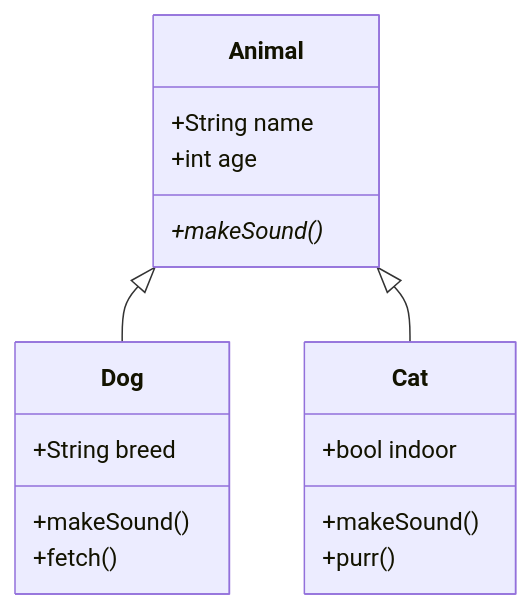
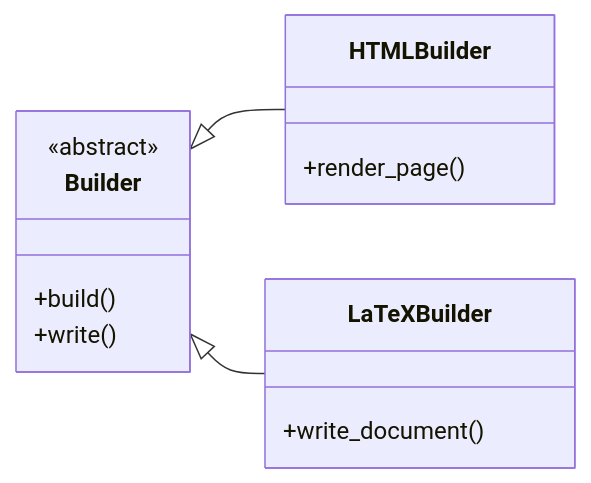
Before and after one commit to r4sky0/sphinx-lumina-theme: the seventh of 12 diagrams in docs/reference/diagrams.md, drawn with Mermaid. The commit also changed other lines of this file and 9 other files, not shown here.

Commit message:
feat(mermaid): refine diagram design and natural sizing (#150)

````diff
--- a/docs/reference/diagrams.md
+++ b/docs/reference/diagrams.md
@@ -157,20 +166,19 @@
 ```{mermaid}
 classDiagram
-    class Animal {
-        +String name
-        +int age
-        +makeSound()*
+    accTitle: Sphinx builder inheritance
+    accDescr: HTML and LaTeX builders share the Builder interface.
+    direction LR
+    class Builder {
+        <<abstract>>
+        +build()
+        +write()
     }
-    class Dog {
-        +String breed
-        +makeSound()
-        +fetch()
+    class HTMLBuilder {
+        +render_page()
     }
-    class Cat {
-        +bool indoor
-        +makeSound()
-        +purr()
+    class LaTeXBuilder {
+        +write_document()
     }
-    Animal <|-- Dog
-    Animal <|-- Cat
+    Builder <|-- HTMLBuilder
+    Builder <|-- LaTeXBuilder
 ```
````
